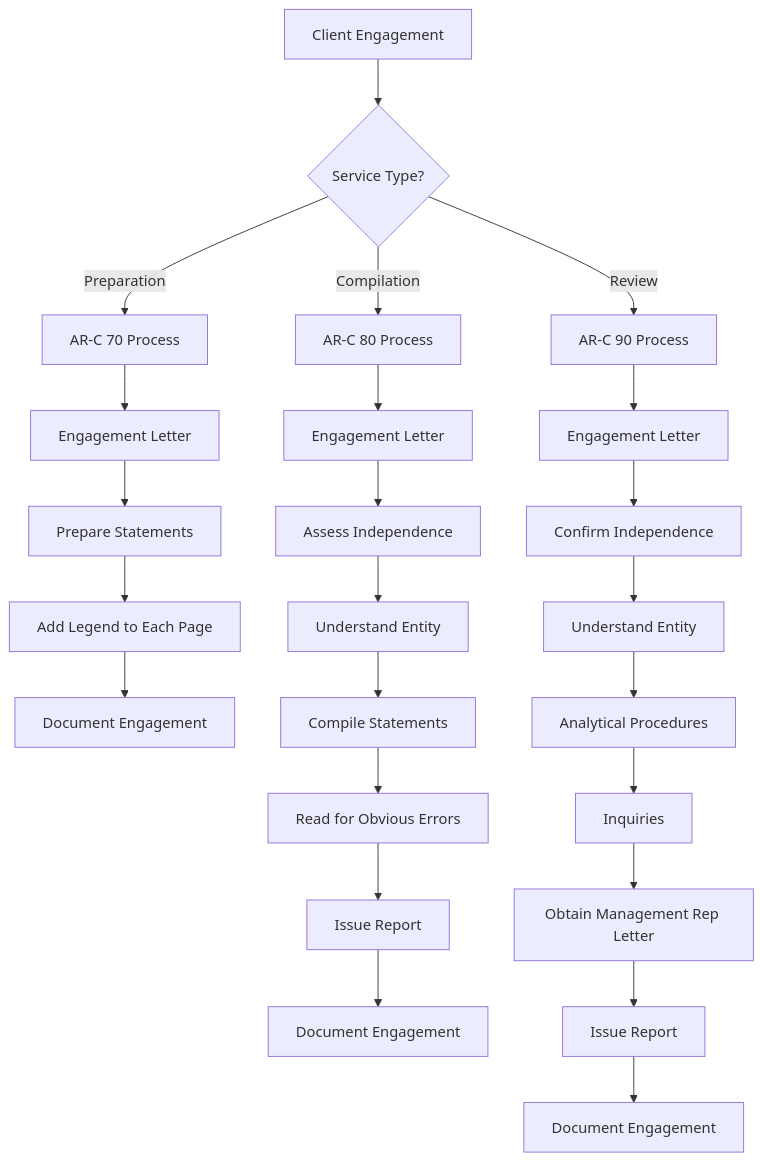
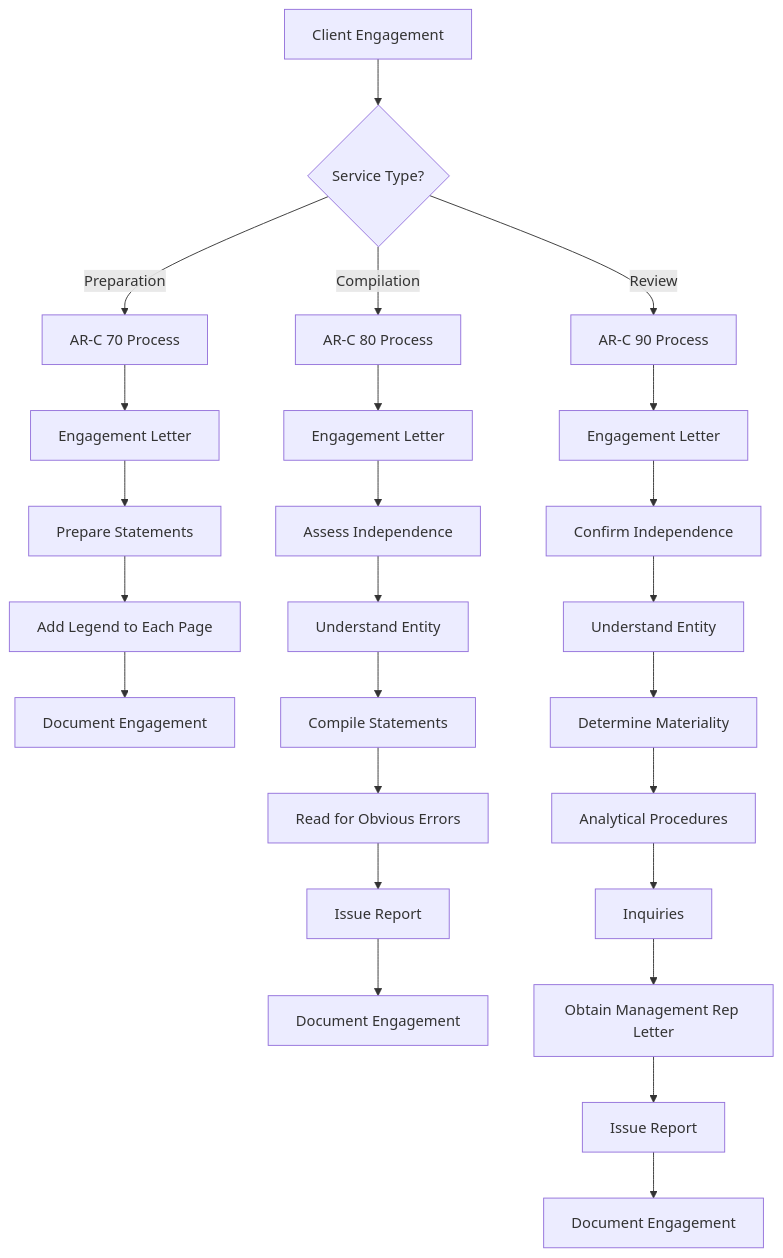
The diagram in README.md (CJCPAs/CJCPAs-Ultimate-SSARS-Library), drawn with Mermaid before and after one commit. The commit also changed other lines of this file and 18 other files, not shown here.

````diff
--- a/README.md
+++ b/README.md
@@ -141,29 +191,30 @@
 ```mermaid
 graph TD
     A[Client Engagement] --> B{Service Type?}
     B -->|Preparation| C[AR-C 70 Process]
     B -->|Compilation| D[AR-C 80 Process]
     B -->|Review| E[AR-C 90 Process]
 
     C --> C1[Engagement Letter]
     C1 --> C2[Prepare Statements]
     C2 --> C3[Add Legend to Each Page]
     C3 --> C4[Document Engagement]
 
     D --> D1[Engagement Letter]
     D1 --> D2[Assess Independence]
     D2 --> D3[Understand Entity]
     D3 --> D4[Compile Statements]
     D4 --> D5[Read for Obvious Errors]
     D5 --> D6[Issue Report]
     D6 --> D7[Document Engagement]
 
     E --> E1[Engagement Letter]
     E1 --> E2[Confirm Independence]
     E2 --> E3[Understand Entity]
-    E3 --> E4[Analytical Procedures]
-    E4 --> E5[Inquiries]
-    E5 --> E6[Obtain Management Rep Letter]
-    E6 --> E7[Issue Report]
-    E7 --> E8[Document Engagement]
+    E3 --> E4[Determine Materiality]
+    E4 --> E5[Analytical Procedures]
+    E5 --> E6[Inquiries]
+    E6 --> E7[Obtain Management Rep Letter]
+    E7 --> E8[Issue Report]
+    E8 --> E9[Document Engagement]
 ```
````
